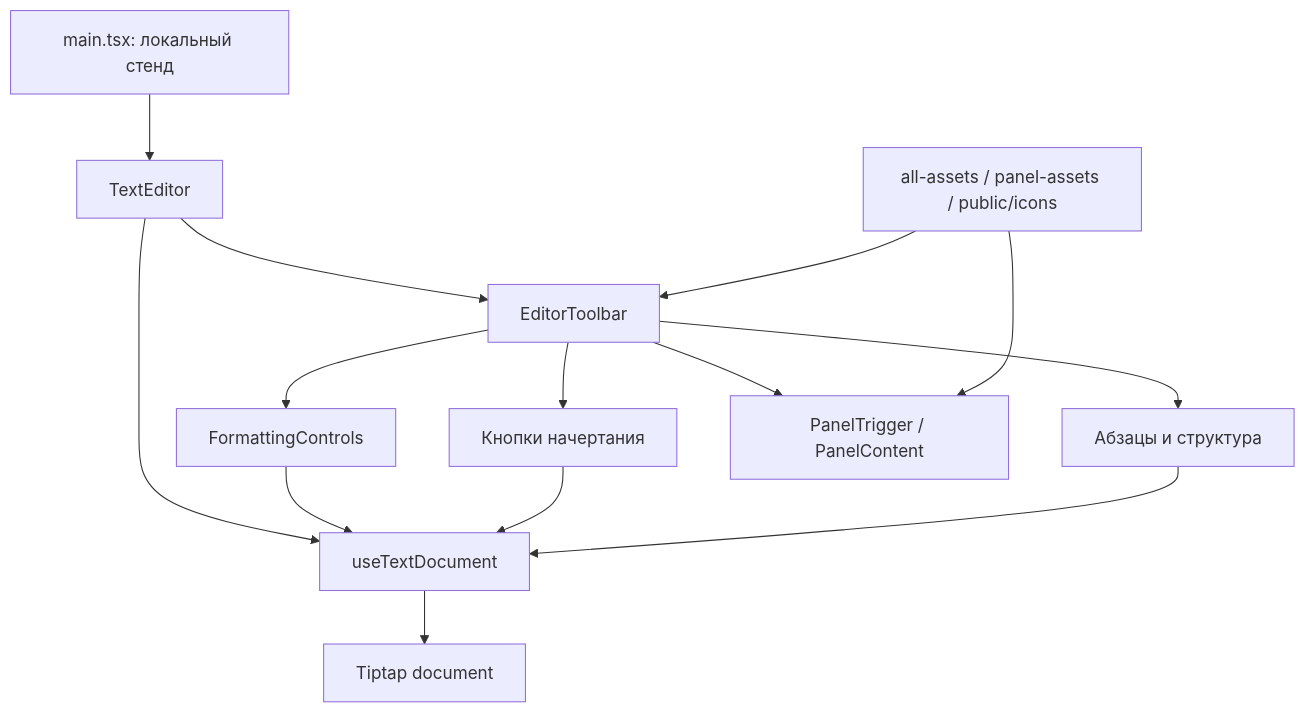
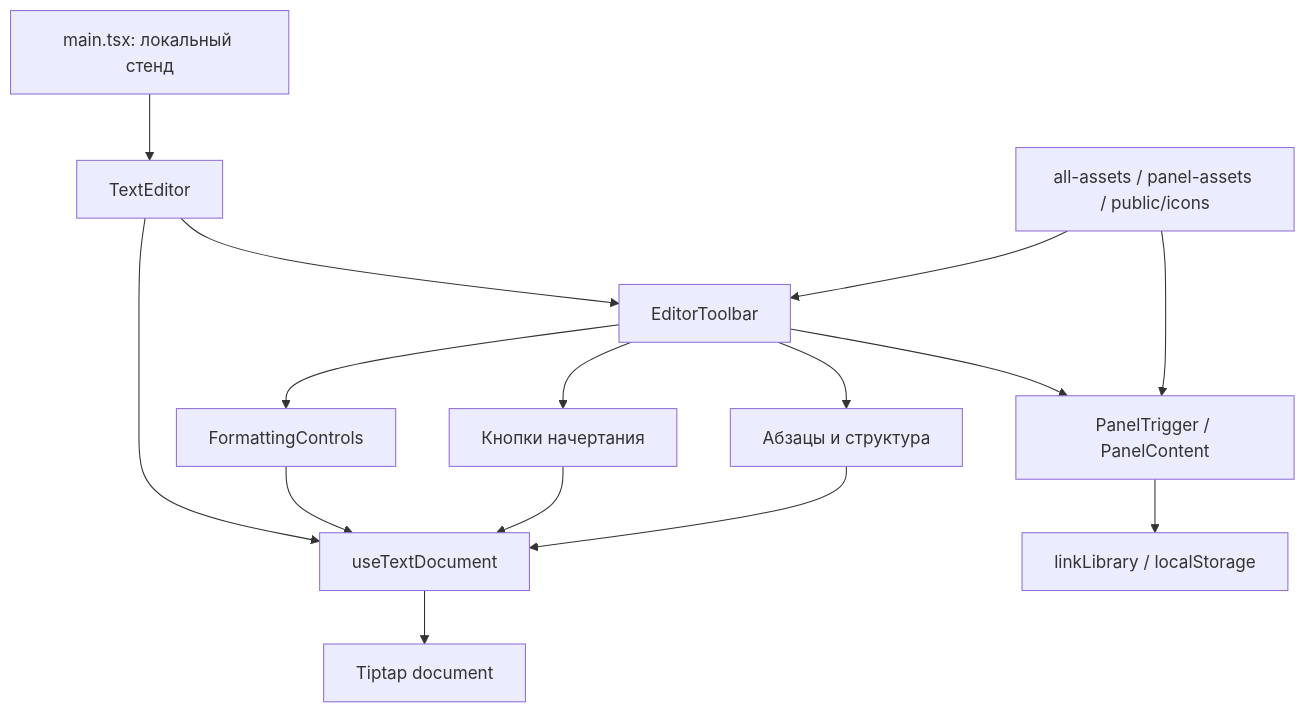
One commit to mishavorobyou-spec/b2b-text-editor changed the diagram in Карта_Проекта.md. Above: the diagram before and after it, drawn with Mermaid. The commit also changed other lines of this file and 7 other files, not shown here.

````diff
--- a/Карта_Проекта.md
+++ b/Карта_Проекта.md
@@ -5,16 +5,17 @@
 ```mermaid
 flowchart TD
     Main[main.tsx: локальный стенд] --> Editor[TextEditor]
     Editor --> Toolbar[EditorToolbar]
     Editor --> Hook[useTextDocument]
     Hook --> Tiptap[Tiptap document]
     Toolbar --> Formatting[FormattingControls]
     Toolbar --> Inline[Кнопки начертания]
     Toolbar --> Paragraphs[Абзацы и структура]
     Toolbar --> Panels[PanelTrigger / PanelContent]
+    Panels --> Library[linkLibrary / localStorage]
     Formatting --> Hook
     Inline --> Hook
     Paragraphs --> Hook
     Assets[all-assets / panel-assets / public/icons] --> Toolbar
     Assets --> Panels
 ```
````
